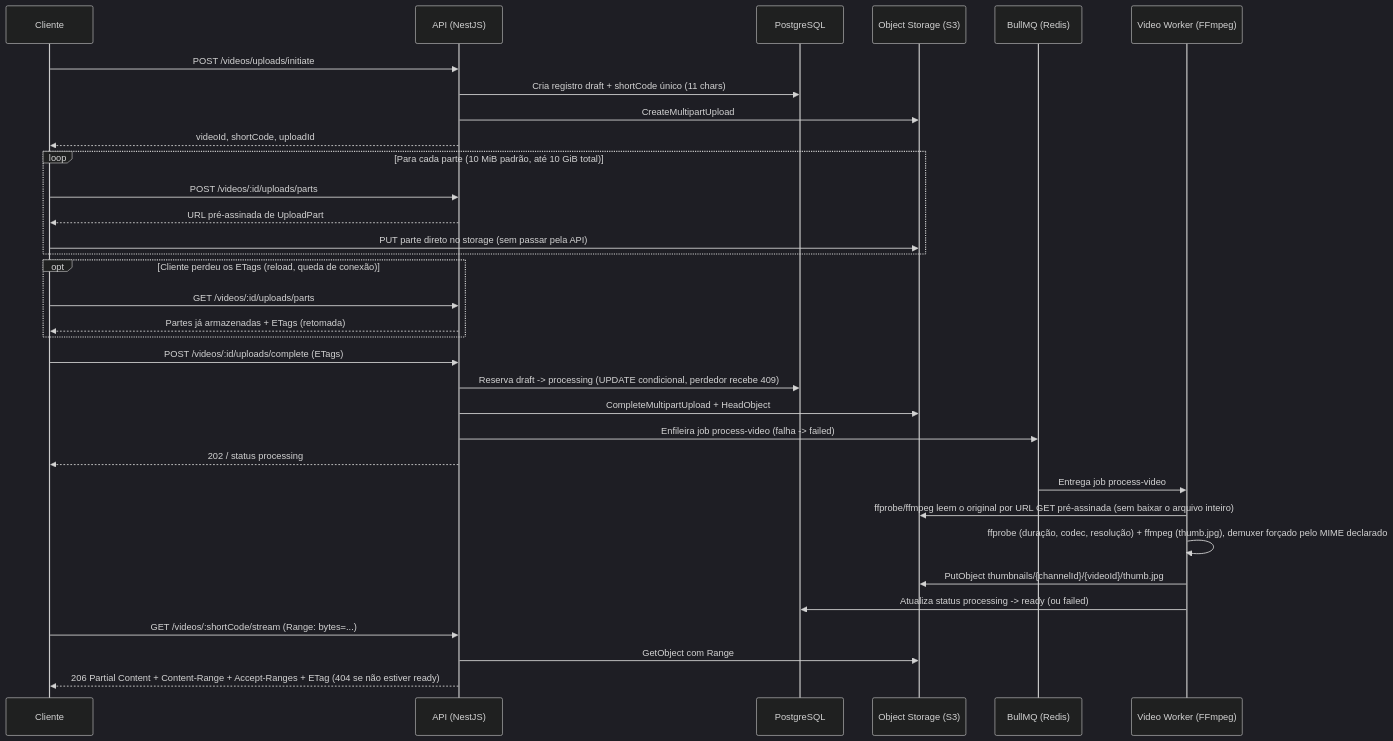
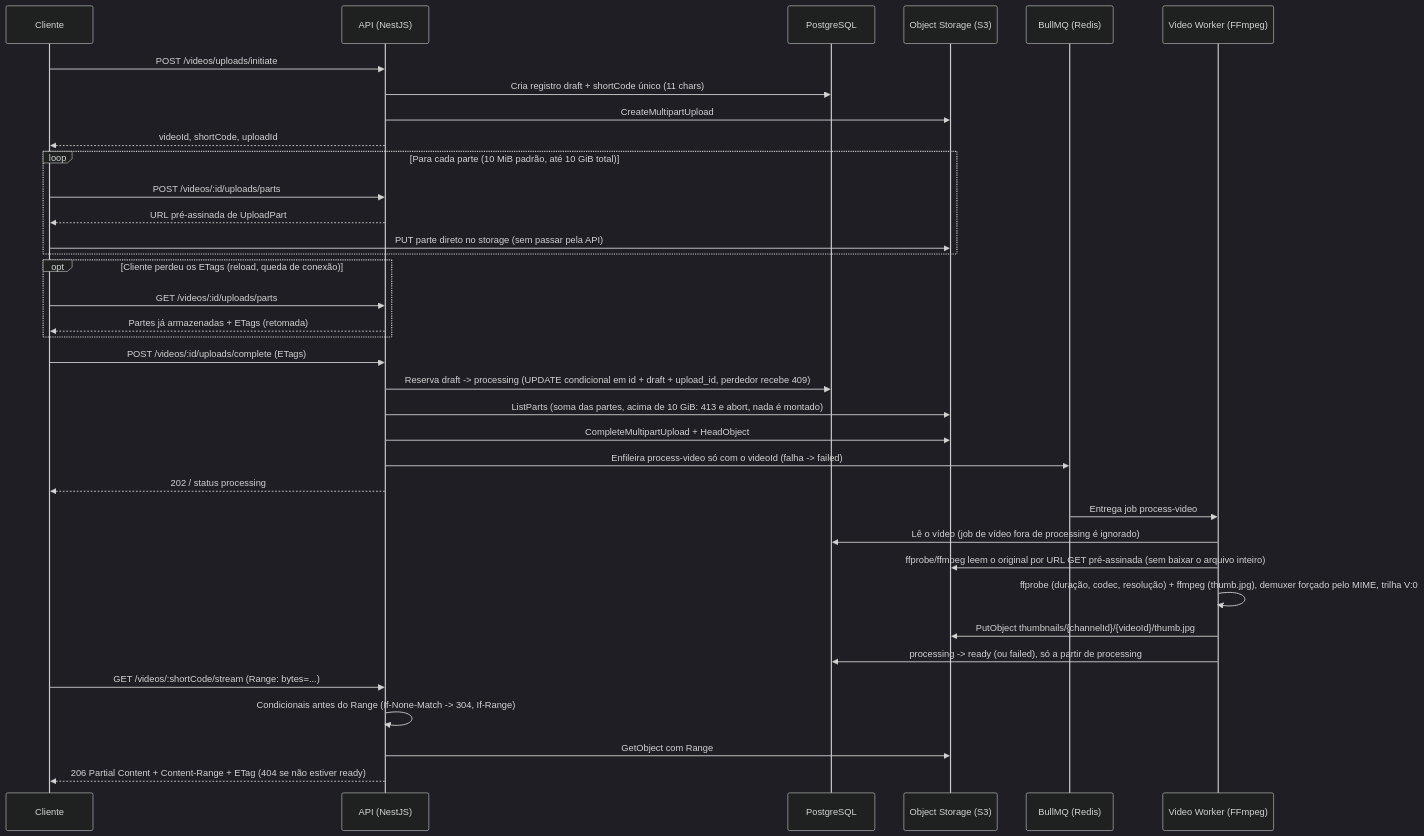
One commit to ElderGil/mba-ia-greenfield-project changed the second of 2 diagrams in README.md. Above: the diagram before and after it, drawn with Mermaid (dark theme). The commit also changed other lines of this file, not shown here.

First line of the commit message:
docs(readme): bring the README up to round 5 and tighten the process section

````diff
--- a/README.md
+++ b/README.md
@@ -61,41 +61,44 @@
 ```mermaid
 sequenceDiagram
     participant C as Cliente
     participant API as API (NestJS)
     participant DB as PostgreSQL
     participant S3 as Object Storage (S3)
     participant Q as BullMQ (Redis)
     participant W as Video Worker (FFmpeg)
 
     C->>API: POST /videos/uploads/initiate
     API->>DB: Cria registro draft + shortCode único (11 chars)
     API->>S3: CreateMultipartUpload
     API-->>C: videoId, shortCode, uploadId
 
     loop Para cada parte (10 MiB padrão, até 10 GiB total)
         C->>API: POST /videos/:id/uploads/parts
         API-->>C: URL pré-assinada de UploadPart
         C->>S3: PUT parte direto no storage (sem passar pela API)
     end
 
     opt Cliente perdeu os ETags (reload, queda de conexão)
         C->>API: GET /videos/:id/uploads/parts
         API-->>C: Partes já armazenadas + ETags (retomada)
     end
 
     C->>API: POST /videos/:id/uploads/complete (ETags)
-    API->>DB: Reserva draft -> processing (UPDATE condicional, perdedor recebe 409)
+    API->>DB: Reserva draft -> processing (UPDATE condicional em id + draft + upload_id, perdedor recebe 409)
+    API->>S3: ListParts (soma das partes, acima de 10 GiB: 413 e abort, nada é montado)
     API->>S3: CompleteMultipartUpload + HeadObject
-    API->>Q: Enfileira job process-video (falha -> failed)
+    API->>Q: Enfileira process-video só com o videoId (falha -> failed)
     API-->>C: 202 / status processing
 
     Q->>W: Entrega job process-video
+    W->>DB: Lê o vídeo (job de vídeo fora de processing é ignorado)
     W->>S3: ffprobe/ffmpeg leem o original por URL GET pré-assinada (sem baixar o arquivo inteiro)
-    W->>W: ffprobe (duração, codec, resolução) + ffmpeg (thumb.jpg), demuxer forçado pelo MIME declarado
+    W->>W: ffprobe (duração, codec, resolução) + ffmpeg (thumb.jpg), demuxer forçado pelo MIME, trilha V:0
     W->>S3: PutObject thumbnails/{channelId}/{videoId}/thumb.jpg
-    W->>DB: Atualiza status processing -> ready (ou failed)
+    W->>DB: processing -> ready (ou failed), só a partir de processing
 
     C->>API: GET /videos/:shortCode/stream (Range: bytes=...)
+    API->>API: Condicionais antes do Range (If-None-Match -> 304, If-Range)
     API->>S3: GetObject com Range
-    API-->>C: 206 Partial Content + Content-Range + Accept-Ranges + ETag (404 se não estiver ready)
+    API-->>C: 206 Partial Content + Content-Range + ETag (404 se não estiver ready)
 ```
````
